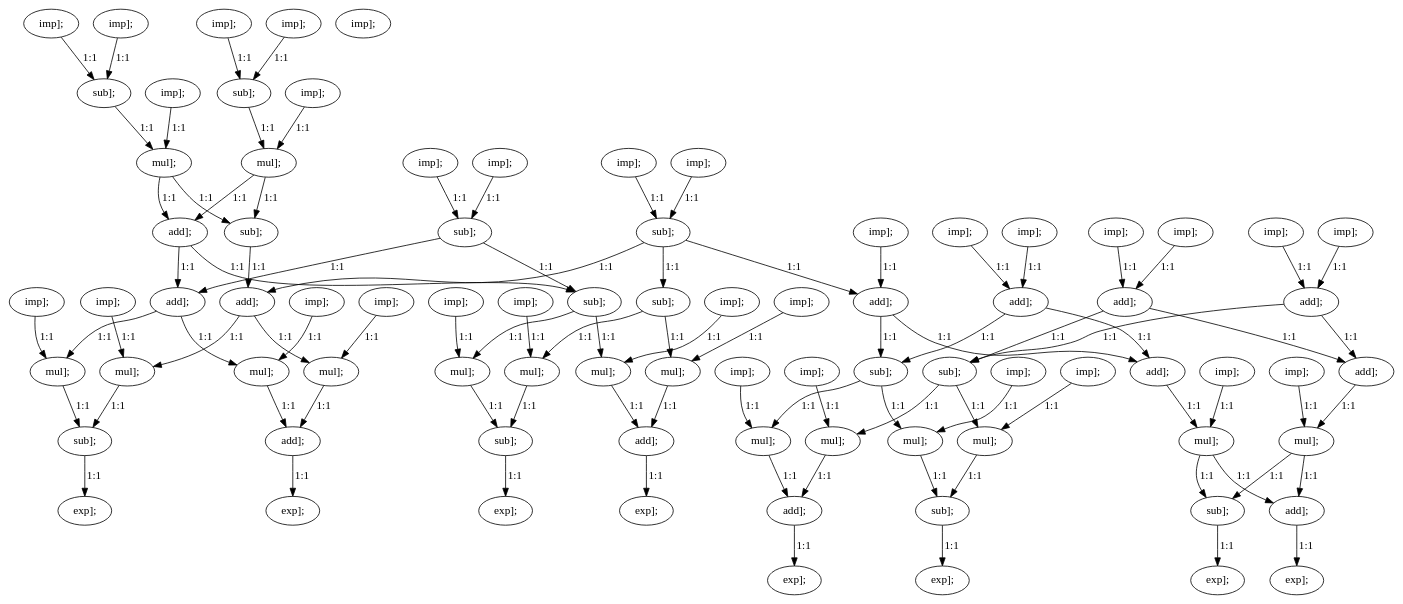
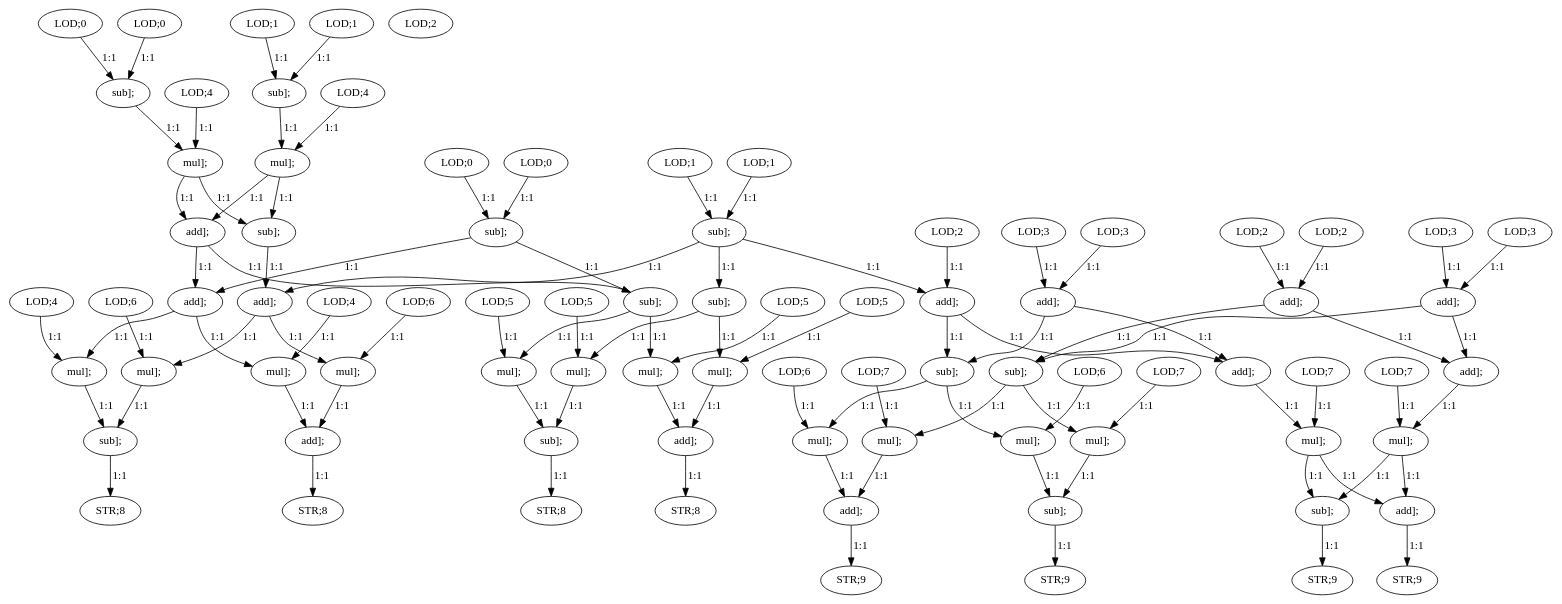
One commit to nikhilsambhus/DFGprop changed the diagram in large_dfgs/Express_loadUpward/cosine2.dot. Above: the diagram before and after it, drawn with Graphviz. The commit also changed 16 other files, not shown here.

```diff
--- a/large_dfgs/Express_loadUpward/cosine2.dot
+++ b/large_dfgs/Express_loadUpward/cosine2.dot
@@ -1,176 +1,176 @@
 digraph  {
-   0 [label="imp];"];
-   1 [label="imp];"];
+   0 [label="LOD;0"];
+   1 [label="LOD;0"];
    2 [label="sub];"];
-   3 [label="imp];"];
-   4 [label="imp];"];
+   3 [label="LOD;0"];
+   4 [label="LOD;0"];
    5 [label="sub];"];
-   6 [label="imp];"];
-   7 [label="imp];"];
+   6 [label="LOD;1"];
+   7 [label="LOD;1"];
    8 [label="sub];"];
-   9 [label="imp];"];
-   10 [label="imp];"];
+   9 [label="LOD;1"];
+   10 [label="LOD;1"];
    11 [label="sub];"];
-   12 [label="imp];"];
-   13 [label="imp];"];
+   12 [label="LOD;2"];
+   13 [label="LOD;2"];
    14 [label="add];"];
-   15 [label="imp];"];
-   16 [label="imp];"];
+   15 [label="LOD;2"];
+   16 [label="LOD;2"];
    17 [label="add];"];
-   18 [label="imp];"];
-   19 [label="imp];"];
+   18 [label="LOD;3"];
+   19 [label="LOD;3"];
    20 [label="add];"];
-   21 [label="imp];"];
-   22 [label="imp];"];
+   21 [label="LOD;3"];
+   22 [label="LOD;3"];
    23 [label="add];"];
-   24 [label="imp];"];
+   24 [label="LOD;4"];
    25 [label="mul];"];
-   26 [label="imp];"];
+   26 [label="LOD;4"];
    27 [label="mul];"];
    28 [label="add];"];
    29 [label="sub];"];
    30 [label="add];"];
    31 [label="sub];"];
    32 [label="sub];"];
    33 [label="add];"];
-   34 [label="imp];"];
+   34 [label="LOD;4"];
    35 [label="mul];"];
-   36 [label="imp];"];
+   36 [label="LOD;4"];
    37 [label="mul];"];
-   38 [label="imp];"];
+   38 [label="LOD;5"];
    39 [label="mul];"];
-   40 [label="imp];"];
+   40 [label="LOD;5"];
    41 [label="mul];"];
-   42 [label="imp];"];
+   42 [label="LOD;5"];
    43 [label="mul];"];
-   44 [label="imp];"];
+   44 [label="LOD;5"];
    45 [label="mul];"];
-   46 [label="imp];"];
+   46 [label="LOD;6"];
    47 [label="mul];"];
-   48 [label="imp];"];
+   48 [label="LOD;6"];
    49 [label="mul];"];
    50 [label="sub];"];
    51 [label="sub];"];
    52 [label="add];"];
    53 [label="add];"];
    54 [label="sub];"];
    55 [label="sub];"];
    56 [label="add];"];
    57 [label="add];"];
-   58 [label="imp];"];
+   58 [label="LOD;6"];
    59 [label="mul];"];
-   60 [label="imp];"];
+   60 [label="LOD;6"];
    61 [label="mul];"];
-   62 [label="imp];"];
+   62 [label="LOD;7"];
    63 [label="mul];"];
-   64 [label="imp];"];
+   64 [label="LOD;7"];
    65 [label="mul];"];
-   66 [label="imp];"];
+   66 [label="LOD;7"];
    67 [label="mul];"];
-   68 [label="imp];"];
+   68 [label="LOD;7"];
    69 [label="mul];"];
    70 [label="add];"];
    71 [label="sub];"];
    72 [label="sub];"];
    73 [label="add];"];
-   74 [label="exp];"];
-   75 [label="exp];"];
-   76 [label="exp];"];
-   77 [label="exp];"];
-   78 [label="exp];"];
-   79 [label="exp];"];
-   80 [label="exp];"];
-   81 [label="exp];"];
+   74 [label="STR;8"];
+   75 [label="STR;8"];
+   76 [label="STR;8"];
+   77 [label="STR;8"];
+   78 [label="STR;9"];
+   79 [label="STR;9"];
+   80 [label="STR;9"];
+   81 [label="STR;9"];
 
-   0->2 [label="1:1"]
-   1->2 [label="1:1"]
-   2->30 [label="1:1"]
-   2->31 [label="1:1"]
-   3->5 [label="1:1"]
-   4->5 [label="1:1"]
-   5->25 [label="1:1"]
-   6->8 [label="1:1"]
-   7->8 [label="1:1"]
-   8->27 [label="1:1"]
-   9->11 [label="1:1"]
-   10->11 [label="1:1"]
-   11->33 [label="1:1"]
-   11->32 [label="1:1"]
-   11->14 [label="1:1"]
-   13->14 [label="1:1"]
-   14->54 [label="1:1"]
-   14->57 [label="1:1"]
-   15->17 [label="1:1"]
-   16->17 [label="1:1"]
-   17->56 [label="1:1"]
-   17->55 [label="1:1"]
-   18->20 [label="1:1"]
-   19->20 [label="1:1"]
-   20->56 [label="1:1"]
-   20->55 [label="1:1"]
-   21->23 [label="1:1"]
-   22->23 [label="1:1"]
-   23->54 [label="1:1"]
-   23->57 [label="1:1"]
-   24->25 [label="1:1"]
-   25->29 [label="1:1"]
-   25->28 [label="1:1"]
-   26->27 [label="1:1"]
-   27->29 [label="1:1"]
-   27->28 [label="1:1"]
-   28->30 [label="1:1"]
-   28->31 [label="1:1"]
-   29->33 [label="1:1"]
-   30->35 [label="1:1"]
-   30->37 [label="1:1"]
-   31->39 [label="1:1"]
-   31->41 [label="1:1"]
-   32->43 [label="1:1"]
-   32->45 [label="1:1"]
-   33->47 [label="1:1"]
-   33->49 [label="1:1"]
-   34->35 [label="1:1"]
-   35->50 [label="1:1"]
-   36->37 [label="1:1"]
-   37->53 [label="1:1"]
-   38->39 [label="1:1"]
-   39->51 [label="1:1"]
-   40->41 [label="1:1"]
-   41->52 [label="1:1"]
-   42->43 [label="1:1"]
-   43->51 [label="1:1"]
-   44->45 [label="1:1"]
-   45->52 [label="1:1"]
-   46->47 [label="1:1"]
-   47->50 [label="1:1"]
-   48->49 [label="1:1"]
-   49->53 [label="1:1"]
-   50->74 [label="1:1"]
-   51->75 [label="1:1"]
-   52->76 [label="1:1"]
-   53->77 [label="1:1"]
-   54->59 [label="1:1"]
-   54->61 [label="1:1"]
-   55->65 [label="1:1"]
-   55->63 [label="1:1"]
-   56->67 [label="1:1"]
-   57->69 [label="1:1"]
-   58->59 [label="1:1"]
-   59->70 [label="1:1"]
-   60->61 [label="1:1"]
-   61->71 [label="1:1"]
-   62->63 [label="1:1"]
-   63->70 [label="1:1"]
-   64->65 [label="1:1"]
-   65->71 [label="1:1"]
-   66->67 [label="1:1"]
-   67->72 [label="1:1"]
-   67->73 [label="1:1"]
-   68->69 [label="1:1"]
-   69->72 [label="1:1"]
-   69->73 [label="1:1"]
-   70->78 [label="1:1"]
-   71->79 [label="1:1"]
-   72->80 [label="1:1"]
-   73->81 [label="1:1"]
+   0->2 [label="1:1"];
+   1->2 [label="1:1"];
+   2->30 [label="1:1"];
+   2->31 [label="1:1"];
+   3->5 [label="1:1"];
+   4->5 [label="1:1"];
+   5->25 [label="1:1"];
+   6->8 [label="1:1"];
+   7->8 [label="1:1"];
+   8->27 [label="1:1"];
+   9->11 [label="1:1"];
+   10->11 [label="1:1"];
+   11->33 [label="1:1"];
+   11->32 [label="1:1"];
+   11->14 [label="1:1"];
+   13->14 [label="1:1"];
+   14->54 [label="1:1"];
+   14->57 [label="1:1"];
+   15->17 [label="1:1"];
+   16->17 [label="1:1"];
+   17->56 [label="1:1"];
+   17->55 [label="1:1"];
+   18->20 [label="1:1"];
+   19->20 [label="1:1"];
+   20->56 [label="1:1"];
+   20->55 [label="1:1"];
+   21->23 [label="1:1"];
+   22->23 [label="1:1"];
+   23->54 [label="1:1"];
+   23->57 [label="1:1"];
+   24->25 [label="1:1"];
+   25->29 [label="1:1"];
+   25->28 [label="1:1"];
+   26->27 [label="1:1"];
+   27->29 [label="1:1"];
+   27->28 [label="1:1"];
+   28->30 [label="1:1"];
+   28->31 [label="1:1"];
+   29->33 [label="1:1"];
+   30->35 [label="1:1"];
+   30->37 [label="1:1"];
+   31->39 [label="1:1"];
+   31->41 [label="1:1"];
+   32->43 [label="1:1"];
+   32->45 [label="1:1"];
+   33->47 [label="1:1"];
+   33->49 [label="1:1"];
+   34->35 [label="1:1"];
+   35->50 [label="1:1"];
+   36->37 [label="1:1"];
+   37->53 [label="1:1"];
+   38->39 [label="1:1"];
+   39->51 [label="1:1"];
+   40->41 [label="1:1"];
+   41->52 [label="1:1"];
+   42->43 [label="1:1"];
+   43->51 [label="1:1"];
+   44->45 [label="1:1"];
+   45->52 [label="1:1"];
+   46->47 [label="1:1"];
+   47->50 [label="1:1"];
+   48->49 [label="1:1"];
+   49->53 [label="1:1"];
+   50->74 [label="1:1"];
+   51->75 [label="1:1"];
+   52->76 [label="1:1"];
+   53->77 [label="1:1"];
+   54->59 [label="1:1"];
+   54->61 [label="1:1"];
+   55->65 [label="1:1"];
+   55->63 [label="1:1"];
+   56->67 [label="1:1"];
+   57->69 [label="1:1"];
+   58->59 [label="1:1"];
+   59->70 [label="1:1"];
+   60->61 [label="1:1"];
+   61->71 [label="1:1"];
+   62->63 [label="1:1"];
+   63->70 [label="1:1"];
+   64->65 [label="1:1"];
+   65->71 [label="1:1"];
+   66->67 [label="1:1"];
+   67->72 [label="1:1"];
+   67->73 [label="1:1"];
+   68->69 [label="1:1"];
+   69->72 [label="1:1"];
+   69->73 [label="1:1"];
+   70->78 [label="1:1"];
+   71->79 [label="1:1"];
+   72->80 [label="1:1"];
+   73->81 [label="1:1"];
 }
```
